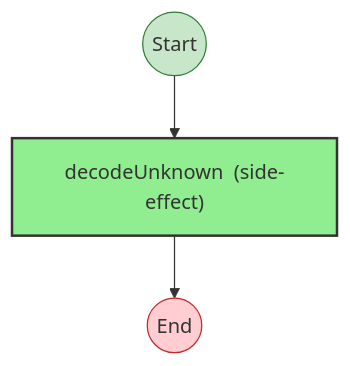
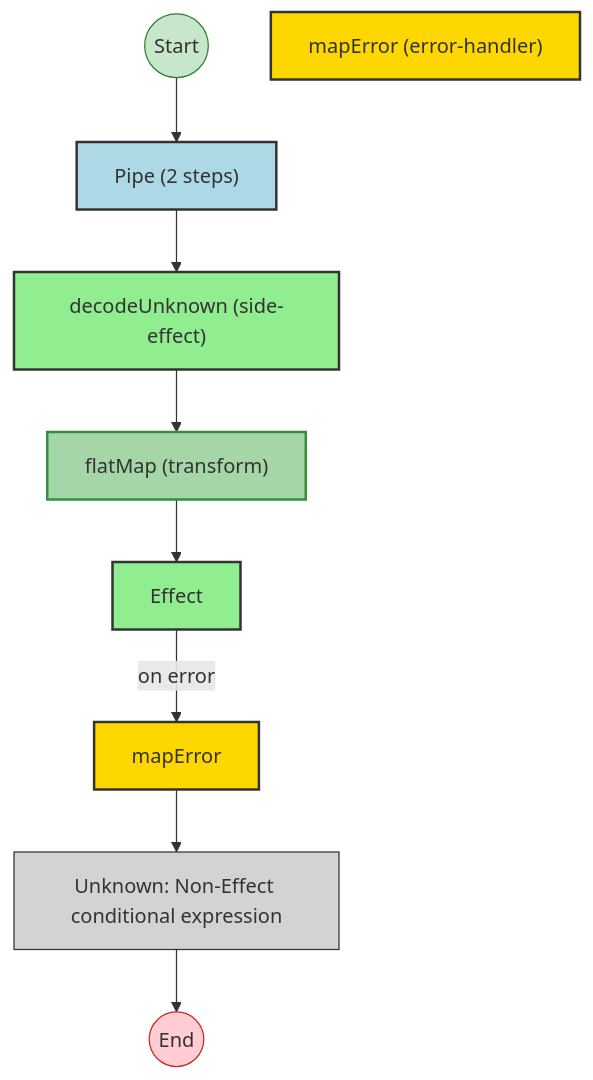
Before and after one commit to jagreehal/effect-analyzer: the diagram in apps/docs/samples/observability-transfer/validate-transfer.effect-analysis.md, drawn with Mermaid. The commit also changed other lines of this file and 95 other files, not shown here.

````diff
--- a/apps/docs/samples/observability-transfer/validate-transfer.effect-analysis.md
+++ b/apps/docs/samples/observability-transfer/validate-transfer.effect-analysis.md
@@ -11,22 +11,43 @@
 ```mermaid
 flowchart TB
 
   %% Program: validateTransfer
 
   start((Start))
   end_node((End))
 
-  n1["decodeUnknown <ValidatedTransfer, ValidationError, never> (side-effect)"]
+  n1["Pipe (2 steps)"]
+  n2["decodeUnknown (side-effect)"]
+  n3["flatMap (transform)"]
+  n4["mapError (error-handler)"]
+  n5["Effect"]
+  err_handler_6["mapError"]
+  n7["Unknown: Non-Effect conditional expression"]
 
   %% Edges
+  n2 --> n3
+  n5 -->|on error| err_handler_6
+  err_handler_6 --> n7
+  n3 --> n5
+  n1 --> n2
   start --> n1
-  n1 --> end_node
+  n7 --> end_node
 
   %% Styles
   classDef startStyle fill:#c8e6c9,stroke:#2e7d32
   classDef endStyle fill:#ffcdd2,stroke:#c62828
   classDef effectStyle fill:#90EE90,stroke:#333,stroke-width:2px
+  classDef pipeStyle fill:#ADD8E6,stroke:#333,stroke-width:2px
+  classDef errorHandlerStyle fill:#FFD700,stroke:#333,stroke-width:2px
+  classDef unknownStyle fill:#D3D3D3,stroke:#333,stroke-width:1px
+  classDef transformStyle fill:#A5D6A7,stroke:#388E3C,stroke-width:2px
   class start startStyle
   class end_node endStyle
-  class n1 effectStyle
+  class n1 pipeStyle
+  class n2 effectStyle
+  class n3 transformStyle
+  class n4 errorHandlerStyle
+  class n5 effectStyle
+  class err_handler_6 errorHandlerStyle
+  class n7 unknownStyle
 ```
````
